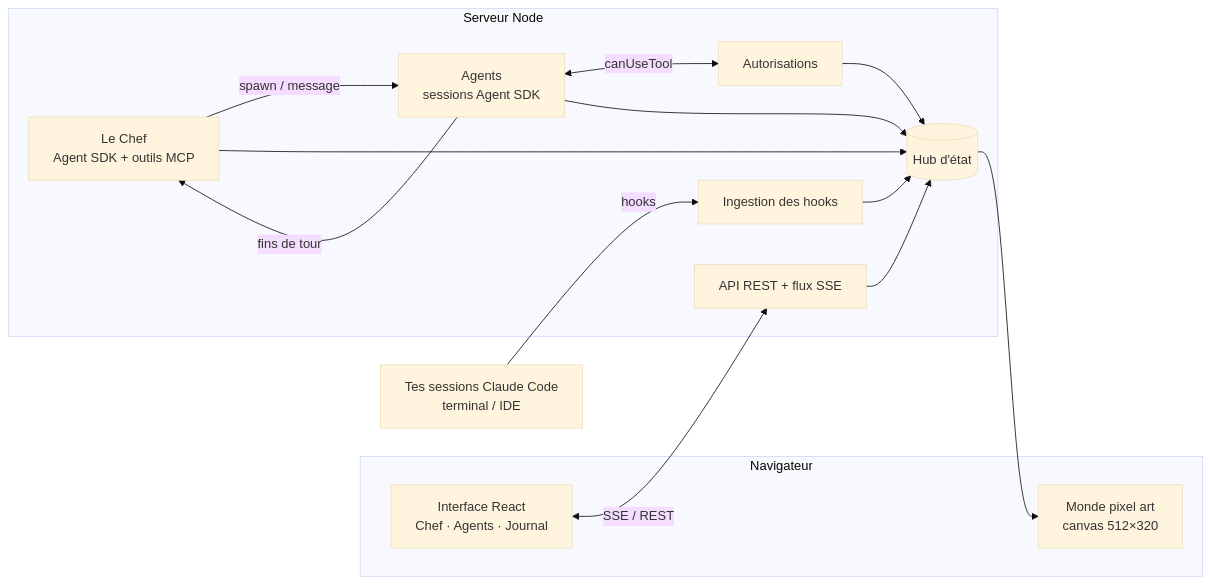
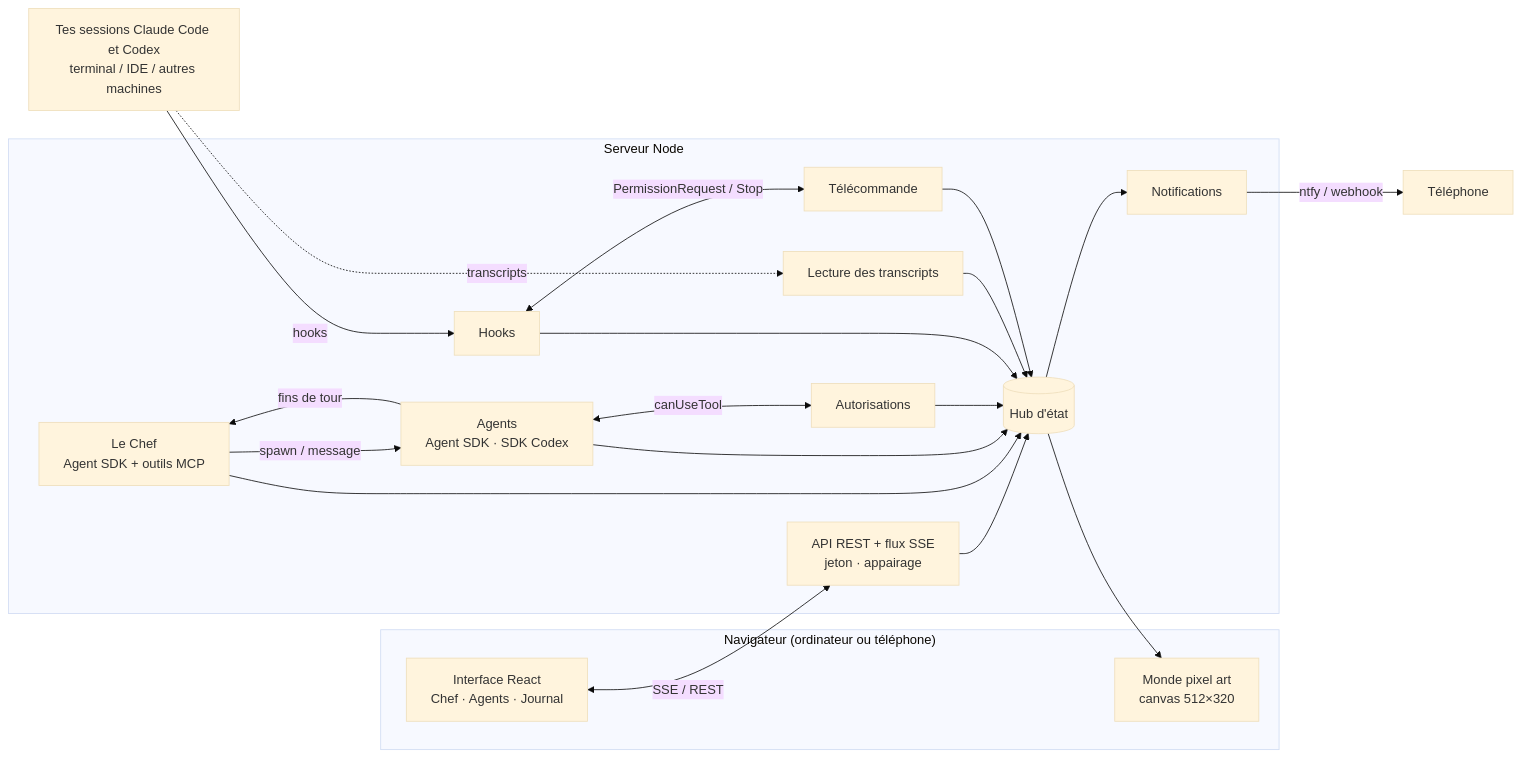
The diagram in README.md (calvinNdmb/Pixel-ai-dashboard), drawn with Mermaid (base theme) before and after one commit. The commit also changed other lines of this file and 66 other files, not shown here.

````diff
--- a/README.md
+++ b/README.md
@@ -142,23 +276,29 @@
 ```mermaid
 flowchart LR
-  subgraph Navigateur
+  subgraph Navigateur["Navigateur (ordinateur ou téléphone)"]
     UI[Interface React<br/>Chef · Agents · Journal]
     W[Monde pixel art<br/>canvas 512×320]
   end
   subgraph Serveur Node
-    API[API REST + flux SSE]
+    API[API REST + flux SSE<br/>jeton · appairage]
     HUB[(Hub d'état)]
     CHEF[Le Chef<br/>Agent SDK + outils MCP]
-    POOL[Agents<br/>sessions Agent SDK]
+    POOL[Agents<br/>Agent SDK · SDK Codex]
     PERM[Autorisations]
-    HOOKS[Ingestion des hooks]
+    HOOKS[Hooks]
+    REM[Télécommande]
+    WATCH[Lecture des transcripts]
+    NOTIF[Notifications]
   end
-  T[Tes sessions Claude Code<br/>terminal / IDE] -- hooks --> HOOKS
+  T[Tes sessions Claude Code et Codex<br/>terminal / IDE / autres machines] -- hooks --> HOOKS
+  T -. transcripts .-> WATCH
+  HOOKS <-- PermissionRequest / Stop --> REM
   UI <-- SSE / REST --> API
   API --> HUB
   CHEF -- spawn / message --> POOL
   POOL -- fins de tour --> CHEF
   POOL <-- canUseTool --> PERM
-  CHEF & POOL & PERM & HOOKS --> HUB
+  CHEF & POOL & PERM & HOOKS & WATCH & REM --> HUB
   HUB --> W
+  HUB --> NOTIF -- ntfy / webhook --> P[Téléphone]
 ```
````
